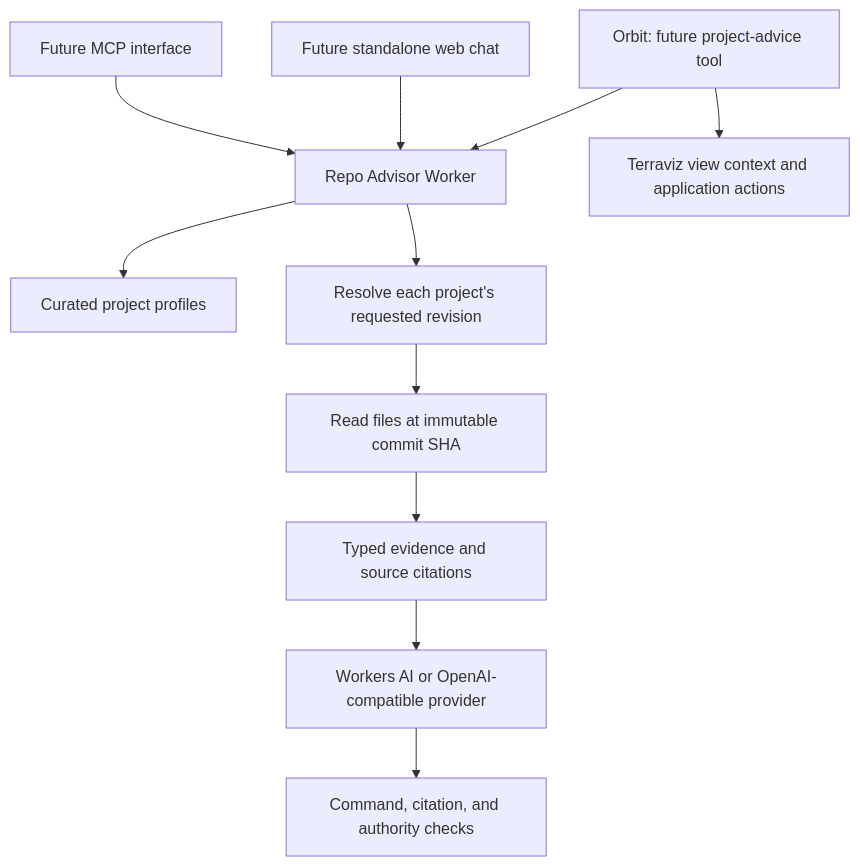
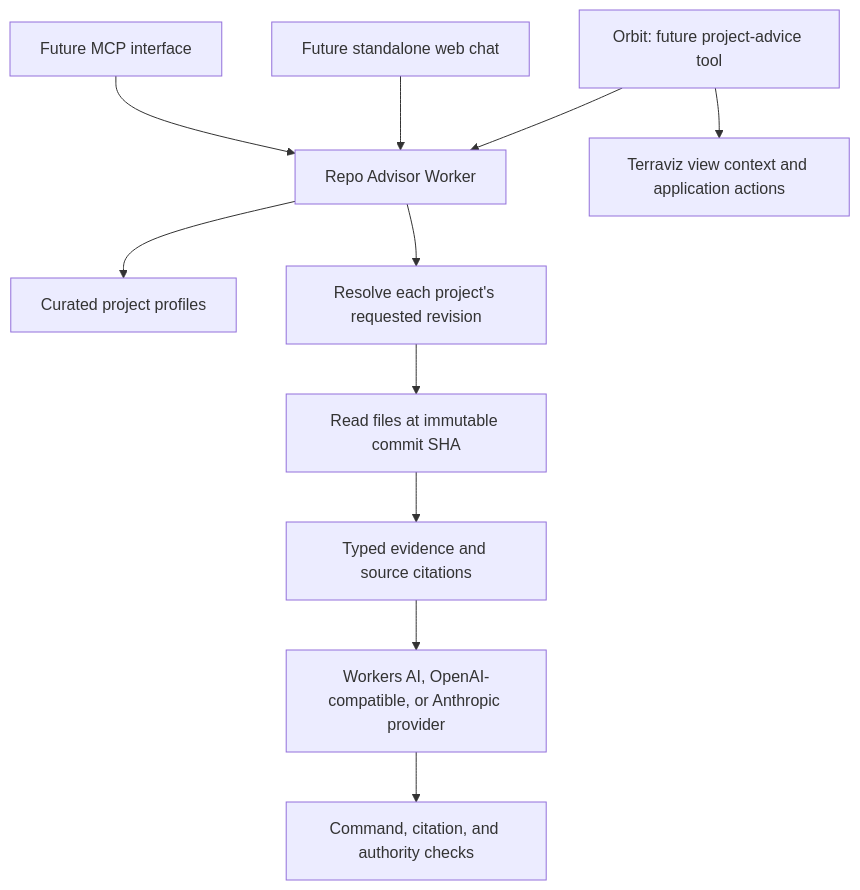
Before and after one commit to zyra-project/repo-advisor: the diagram in docs/architecture.md, drawn with Mermaid. The commit also changed other lines of this file and 17 other files, not shown here.

````diff
--- a/docs/architecture.md
+++ b/docs/architecture.md
@@ -7,13 +7,13 @@
 ```mermaid
 flowchart TD
   Orbit[Orbit: future project-advice tool] --> Service[Repo Advisor Worker]
   Web[Future standalone web chat] --> Service
   MCP[Future MCP interface] --> Service
   Service --> Profiles[Curated project profiles]
   Service --> Revision[Resolve each project's requested revision]
   Revision --> Sources[Read files at immutable commit SHA]
   Sources --> Evidence[Typed evidence and source citations]
-  Evidence --> Provider[Workers AI or OpenAI-compatible provider]
+  Evidence --> Provider[Workers AI, OpenAI-compatible, or Anthropic provider]
   Provider --> Checks[Command, citation, and authority checks]
   Orbit --> App[Terraviz view context and application actions]
 ```
````
